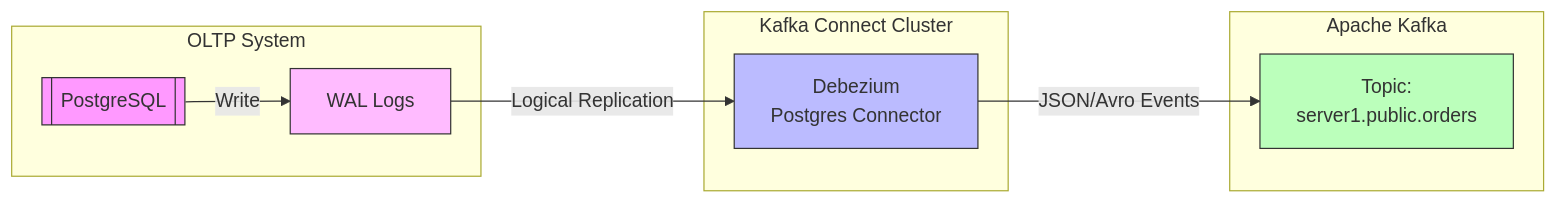
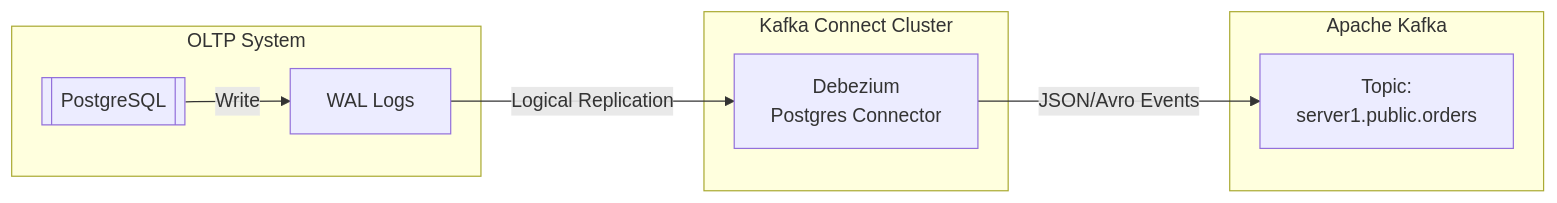
One commit to kythuatdulieu/kythuatdulieu.github.io changed the first of 2 diagrams in src/content/docs/concepts/1-distributed-systems-architecture/source-systems.md. Above: the diagram before and after it, drawn with Mermaid. The commit also changed other lines of this file and 682 other files, not shown here.

````diff
--- a/src/content/docs/concepts/1-distributed-systems-architecture/source-systems.md
+++ b/src/content/docs/concepts/1-distributed-systems-architecture/source-systems.md
@@ -41,24 +41,23 @@
 ```mermaid
 graph LR
     subgraph OLTP ["OLTP System"]
         DB[[PostgreSQL]]
         WAL[WAL Logs]
         DB -->|Write| WAL
     end
 
     subgraph Kafka_Connect ["Kafka Connect Cluster"]
         Debezium["Debezium\nPostgres Connector"]
     end
 
     subgraph Event_Bus ["Apache Kafka"]
         Topic["Topic:\nserver1.public.orders"]
     end
 
     WAL -->|Logical Replication| Debezium
     Debezium -->|JSON/Avro Events| Topic
-    
-    style DB fill:#f9f,stroke:#333
-    style WAL fill:#fbf,stroke:#333
-    style Debezium fill:#bbf,stroke:#333
-    style Topic fill:#bfb,stroke:#333
+
+
+
+
 ```
````
